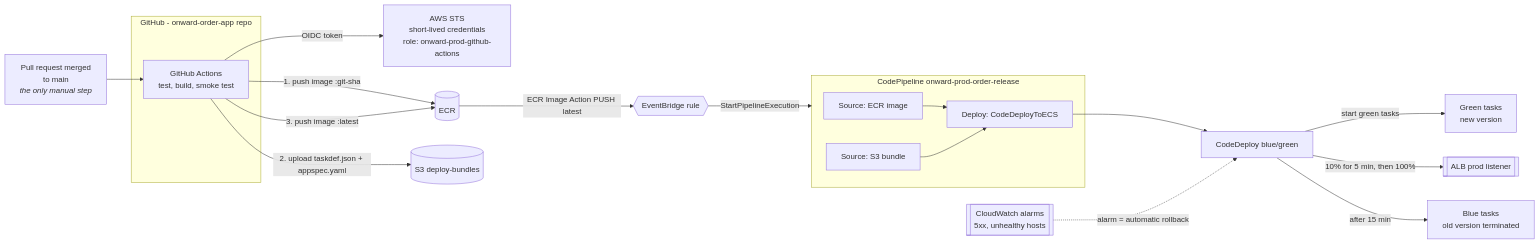
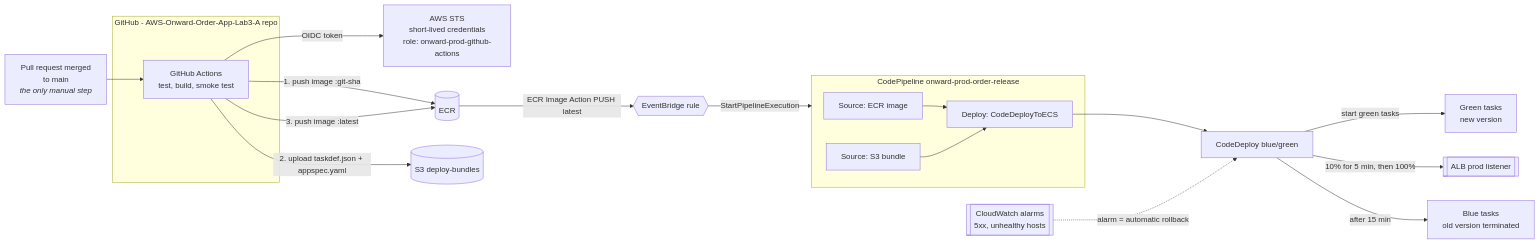
The second of 3 diagrams in docs/architecture.md (RUYANGA/AWS-Onward-Order-Infra-Lab3-A), drawn with Mermaid before and after one commit. The commit also changed other lines of this file and 2 other files, not shown here.

First line of the commit message:
chore(gitsync): align bootstrap template and docs with the live AWS setup

````diff
--- a/docs/architecture.md
+++ b/docs/architecture.md
@@ -51,28 +51,28 @@
 ```mermaid
 flowchart LR
   pr[Pull request merged<br/>to main<br/><i>the only manual step</i>] --> gha
 
-  subgraph gh[GitHub - onward-order-app repo]
+  subgraph gh[GitHub - AWS-Onward-Order-App-Lab3-A repo]
     gha[GitHub Actions<br/>test, build, smoke test]
   end
 
   gha -->|OIDC token| sts[AWS STS<br/>short-lived credentials<br/>role: onward-prod-github-actions]
   gha -->|1. push image :git-sha| ecr[(ECR)]
   gha -->|2. upload taskdef.json + appspec.yaml| s3[(S3 deploy-bundles)]
   gha -->|3. push image :latest| ecr
 
   ecr -->|ECR Image Action PUSH latest| eb{{EventBridge rule}}
   eb -->|StartPipelineExecution| cp
 
   subgraph cp[CodePipeline onward-prod-order-release]
     src1[Source: ECR image] --> dep
     src2[Source: S3 bundle] --> dep
     dep[Deploy: CodeDeployToECS]
   end
 
   dep --> cd[CodeDeploy blue/green]
   cd -->|start green tasks| green[Green tasks<br/>new version]
   cd -->|10% for 5 min, then 100%| alb[[ALB prod listener]]
   alarms[[CloudWatch alarms<br/>5xx, unhealthy hosts]] -.->|alarm = automatic rollback| cd
   cd -->|after 15 min| blue[Blue tasks<br/>old version terminated]
 ```
````
